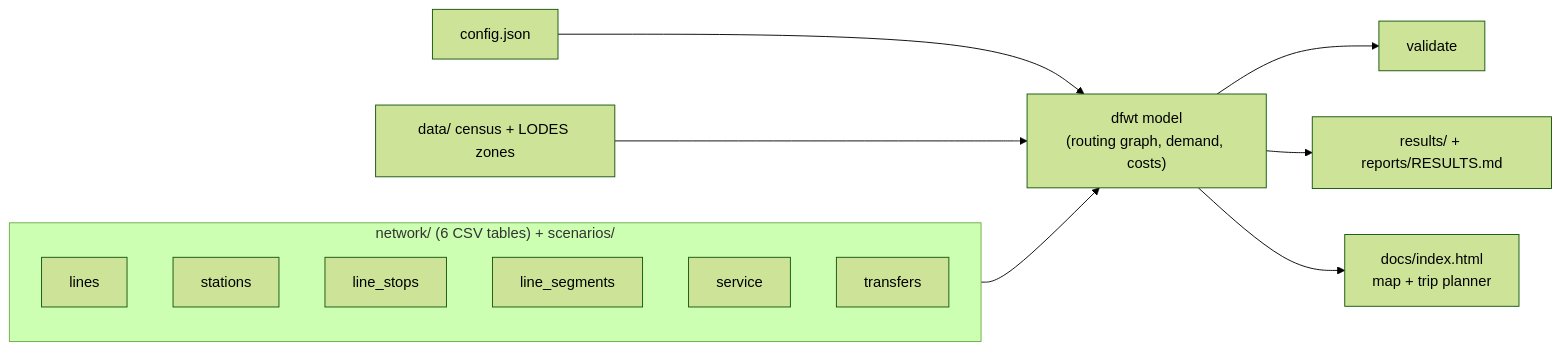
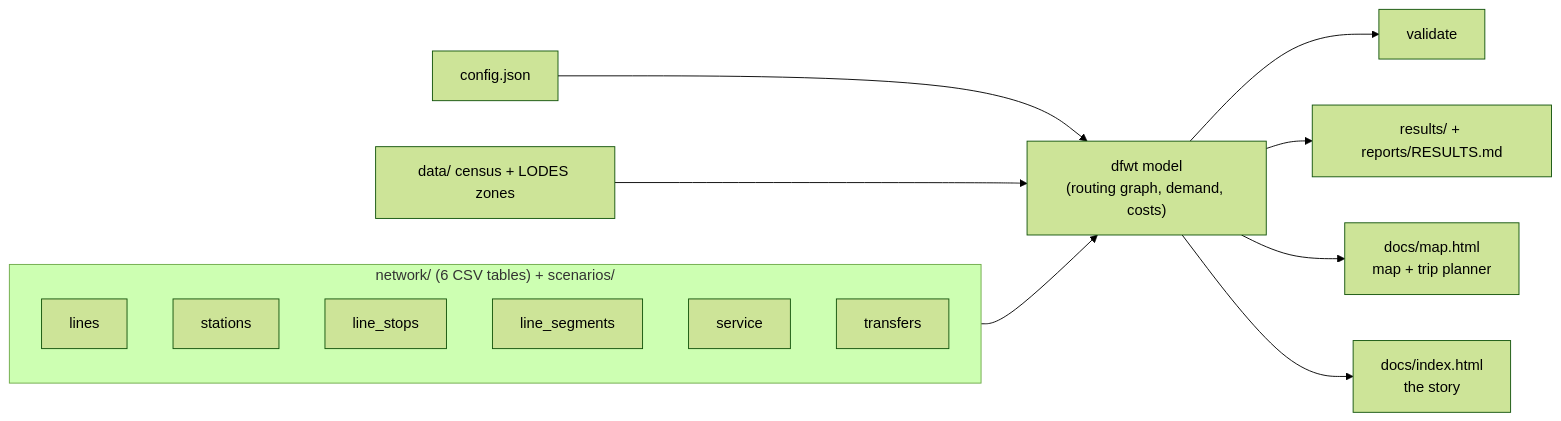
One commit to dgoodenough/dfw-transit changed the diagram in README.md. Above: the diagram before and after it, drawn with Mermaid (forest theme). The commit also changed other lines of this file and 16 other files, not shown here.

First line of the commit message:
Story page (WIP): current_track scenario, dfwt/story.py data, story template; map moves to docs/map.html

````diff
--- a/README.md
+++ b/README.md
@@ -168,12 +169,13 @@
 ```mermaid
 flowchart LR
   subgraph SoT["network/ (6 CSV tables) + scenarios/"]
     L[lines] & S[stations] & LS[line_stops] & SG[line_segments] & SV[service] & T[transfers]
   end
   C[config.json] --> M
   SoT --> M["dfwt model<br/>(routing graph, demand, costs)"]
   Z["data/ census + LODES zones"] --> M
   M --> V[validate]
   M --> R["results/ + reports/RESULTS.md"]
-  M --> W["docs/index.html<br/>map + trip planner"]
+  M --> W["docs/map.html<br/>map + trip planner"]
+  M --> ST["docs/index.html<br/>the story"]
 ```
````
